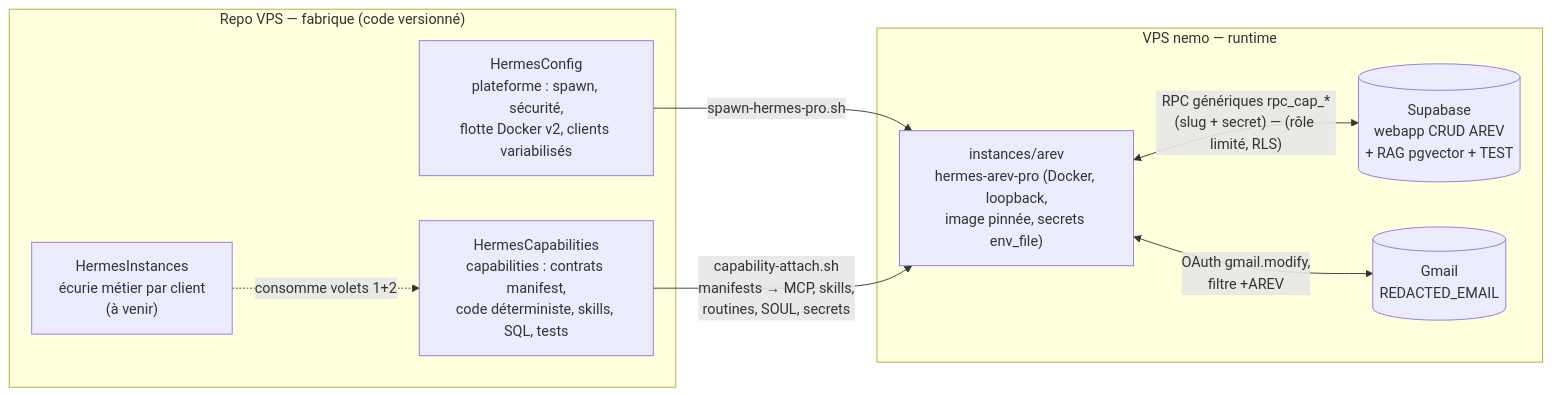
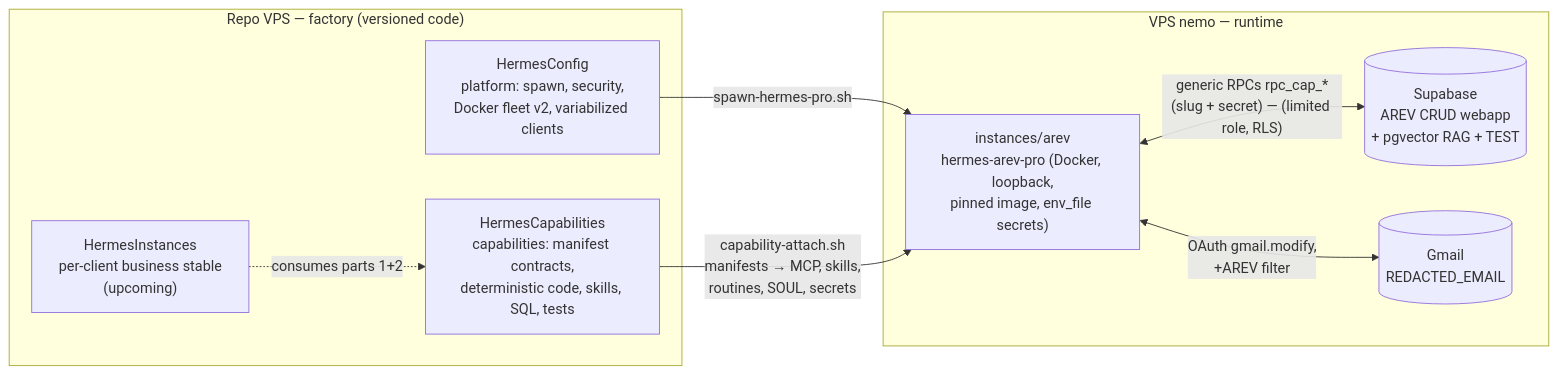
Before and after one commit to Dredouane/VPS: the first of 2 diagrams in HermesCapabilities/README.md, drawn with Mermaid. The commit also changed other lines of this file and 23 other files, not shown here.

````diff
--- a/HermesCapabilities/README.md
+++ b/HermesCapabilities/README.md
@@ -12,18 +12,18 @@
 ```mermaid
 flowchart LR
-    subgraph REPO["Repo VPS — fabrique (code versionné)"]
-        HC["HermesConfig<br/>plateforme : spawn, sécurité,<br/>flotte Docker v2, clients variabilisés"]
-        HCAP["HermesCapabilities<br/>capabilities : contrats manifest,<br/>code déterministe, skills, SQL, tests"]
-        HI["HermesInstances<br/>écurie métier par client<br/>(à venir)"]
+    subgraph REPO["Repo VPS — factory (versioned code)"]
+        HC["HermesConfig<br/>platform: spawn, security,<br/>Docker fleet v2, variabilized clients"]
+        HCAP["HermesCapabilities<br/>capabilities: manifest contracts,<br/>deterministic code, skills, SQL, tests"]
+        HI["HermesInstances<br/>per-client business stable<br/>(upcoming)"]
     end
     subgraph RUNTIME["VPS nemo — runtime"]
-        INST["instances/arev<br/>hermes-arev-pro (Docker, loopback,<br/>image pinnée, secrets env_file)"]
-        SUPA[("Supabase<br/>webapp CRUD AREV<br/>+ RAG pgvector + TEST")]
+        INST["instances/arev<br/>hermes-arev-pro (Docker, loopback,<br/>pinned image, env_file secrets)"]
+        SUPA[("Supabase<br/>AREV CRUD webapp<br/>+ pgvector RAG + TEST")]
         GMAIL[("Gmail<br/>REDACTED_EMAIL")]
     end
     HC -->|"spawn-hermes-pro.sh"| INST
     HCAP -->|"capability-attach.sh<br/>manifests → MCP, skills,<br/>routines, SOUL, secrets"| INST
-    HI -.->|"consomme volets 1+2"| HCAP
-    INST <-->|"RPC génériques rpc_cap_*<br/>(slug + secret) — (rôle limité, RLS)"| SUPA
-    INST <-->|"OAuth gmail.modify,<br/>filtre +AREV"| GMAIL
+    HI -.->|"consumes parts 1+2"| HCAP
+    INST <-->|"generic RPCs rpc_cap_*<br/>(slug + secret) — (limited role, RLS)"| SUPA
+    INST <-->|"OAuth gmail.modify,<br/>+AREV filter"| GMAIL
 ```
````
